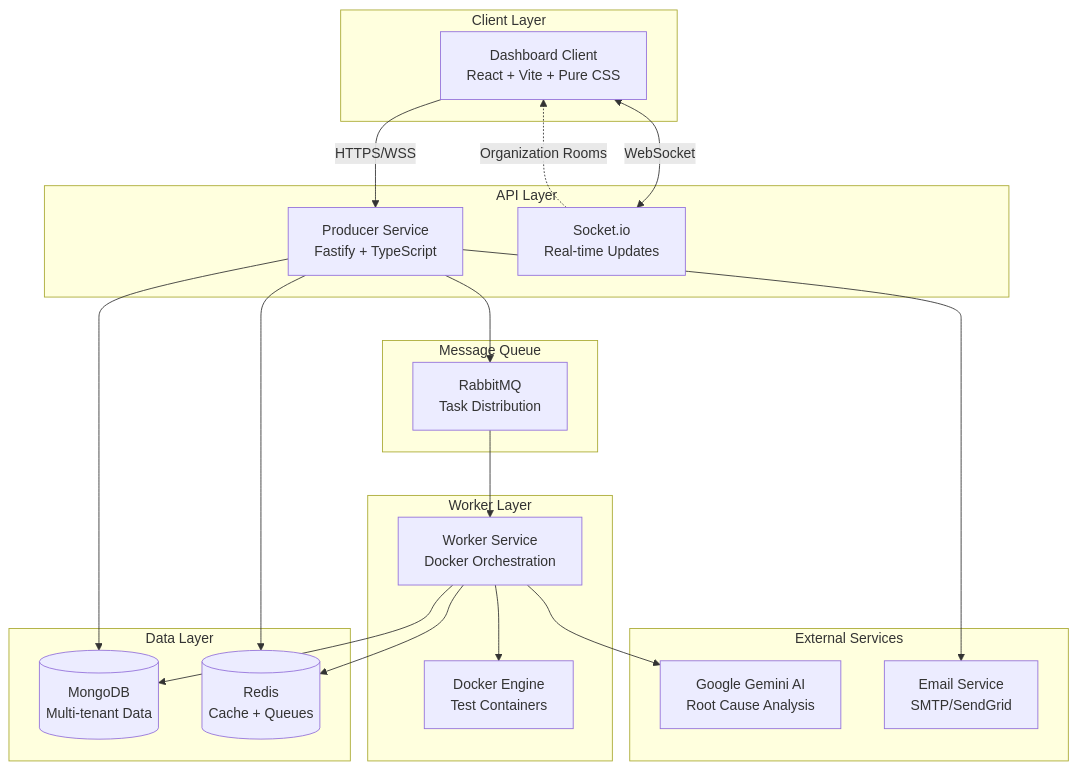
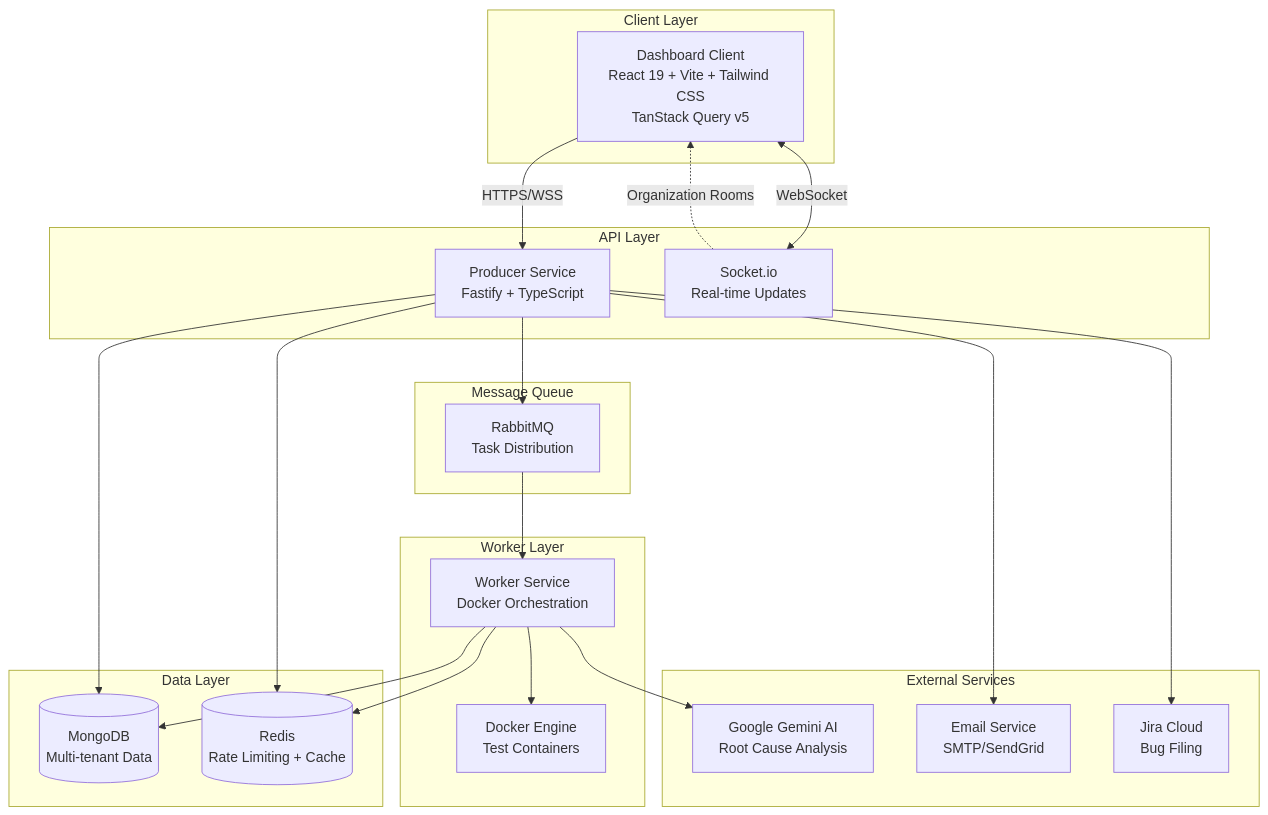
One commit to keinar/Agnox changed the diagram in README.md. Above: the diagram before and after it, drawn with Mermaid. The commit also changed other lines of this file and 10 other files, not shown here.

````diff
--- a/README.md
+++ b/README.md
@@ -146,45 +181,47 @@
 ```mermaid
 graph TB
     subgraph "Client Layer"
-        UI[Dashboard Client<br/>React + Vite + Pure CSS]
+        UI[Dashboard Client<br/>React 19 + Vite + Tailwind CSS<br/>TanStack Query v5]
     end
 
     subgraph "API Layer"
         Producer[Producer Service<br/>Fastify + TypeScript]
         Socket[Socket.io<br/>Real-time Updates]
     end
 
     subgraph "Worker Layer"
         Worker[Worker Service<br/>Docker Orchestration]
         Docker[Docker Engine<br/>Test Containers]
     end
 
     subgraph "Data Layer"
         Mongo[(MongoDB<br/>Multi-tenant Data)]
-        Redis[(Redis<br/>Cache + Queues)]
+        Redis[(Redis<br/>Rate Limiting + Cache)]
     end
 
     subgraph "Message Queue"
         RabbitMQ[RabbitMQ<br/>Task Distribution]
     end
 
     subgraph "External Services"
         Gemini[Google Gemini AI<br/>Root Cause Analysis]
         Email[Email Service<br/>SMTP/SendGrid]
+        Jira[Jira Cloud<br/>Bug Filing]
     end
 
     UI -->|HTTPS/WSS| Producer
     UI <-->|WebSocket| Socket
     Producer --> Mongo
     Producer --> Redis
     Producer --> RabbitMQ
     Producer --> Email
+    Producer --> Jira
 
     RabbitMQ --> Worker
     Worker --> Docker
     Worker --> Mongo
     Worker --> Redis
     Worker --> Gemini
 
     Socket -.->|Organization Rooms| UI
 ```
````
